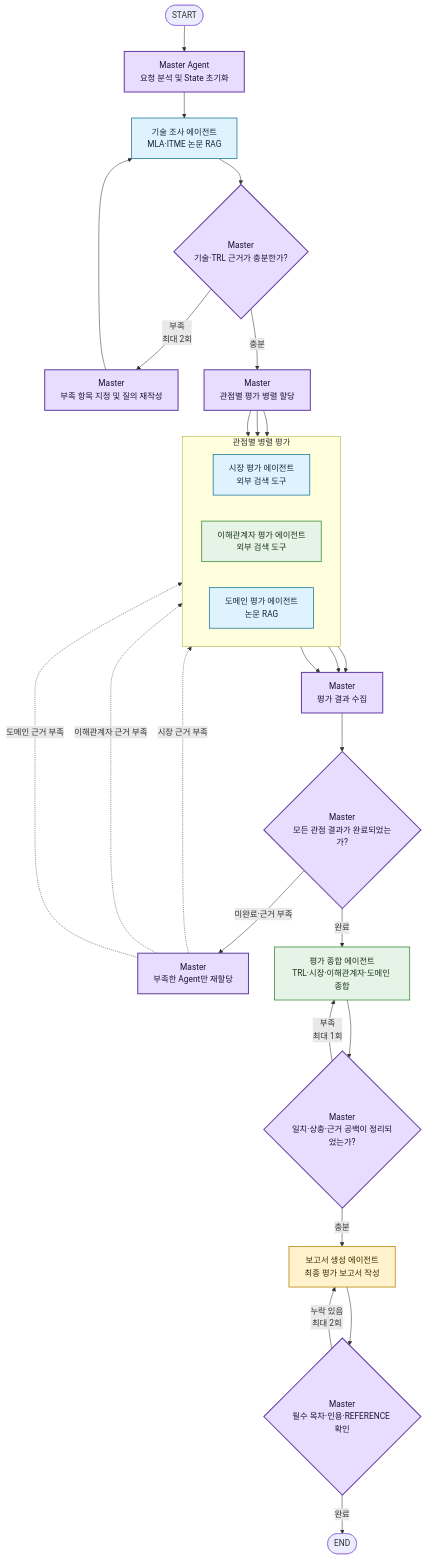
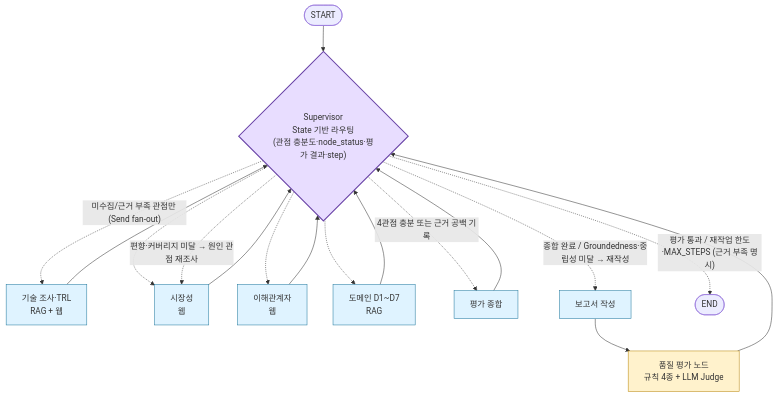
One commit to gyudren/kv-cache-optimization changed the diagram in README.md. Above: the diagram before and after it, drawn with Mermaid. The commit also changed other lines of this file and 1 other file, not shown here.

First line of the commit message:
docs: README를 Agent 과제 템플릿으로 재작성하고 설계 결정 기록 추가 (E14)

````diff
--- a/README.md
+++ b/README.md
@@ -45,56 +106,26 @@
 ```mermaid
 flowchart TD
-    START([START]) --> SUP_INIT["Master Agent<br/>요청 분석 및 State 초기화"]
+    START([START]) --> SUP{"Supervisor<br/>State 기반 라우팅<br/>(관점 충분도·node_status·평가 결과·step)"}
+    SUP -. "미수집/근거 부족 관점만 (Send fan-out)" .-> TECH["기술 조사·TRL<br/>RAG + 웹"]
+    SUP -.-> MARKET["시장성<br/>웹"]
+    SUP -.-> STAKE["이해관계자<br/>웹"]
+    SUP -.-> DOMAIN["도메인 D1~D7<br/>RAG"]
+    TECH --> SUP
+    MARKET --> SUP
+    STAKE --> SUP
+    DOMAIN --> SUP
+    SUP -. "4관점 충분 또는 근거 공백 기록" .-> SYN["평가 종합"]
+    SYN --> SUP
+    SUP -. "종합 완료 / Groundedness·중립성 미달 → 재작성" .-> REPORT["보고서 작성"]
+    REPORT --> EVAL["품질 평가 노드<br/>규칙 4종 + LLM Judge"]
+    EVAL --> SUP
+    SUP -. "편향·커버리지 미달 → 원인 관점 재조사" .-> MARKET
+    SUP -. "평가 통과 / 재작업 한도·MAX_STEPS (근거 부족 명시)" .-> END([END])
 
-    SUP_INIT --> TECH["기술 조사 에이전트<br/>MLA·ITME 논문 RAG"]
-    TECH --> SUP_TECH{"Master<br/>기술·TRL 근거가 충분한가?"}
-
-    SUP_TECH -- "부족<br/>최대 2회" --> QUERY_REWRITE["Master<br/>부족 항목 지정 및 질의 재작성"]
-    QUERY_REWRITE --> TECH
-
-    SUP_TECH -- "충분" --> SUP_FANOUT["Master<br/>관점별 평가 병렬 할당"]
-
-    subgraph PARALLEL["관점별 병렬 평가"]
-        direction LR
-        MARKET["시장 평가 에이전트<br/>외부 검색 도구"]
-        STAKEHOLDER["이해관계자 평가 에이전트<br/>외부 검색 도구"]
-        DOMAIN["도메인 평가 에이전트<br/>논문 RAG"]
-    end
-
-    SUP_FANOUT --> MARKET
-    SUP_FANOUT --> STAKEHOLDER
-    SUP_FANOUT --> DOMAIN
-
-    MARKET --> SUP_JOIN["Master<br/>평가 결과 수집"]
-    STAKEHOLDER --> SUP_JOIN
-    DOMAIN --> SUP_JOIN
-
-    SUP_JOIN --> RESULT_GATE{"Master<br/>모든 관점 결과가 완료되었는가?"}
-
-    RESULT_GATE -- "미완료·근거 부족" --> RETRY["Master<br/>부족한 Agent만 재할당"]
-    RETRY -. "시장 근거 부족" .-> MARKET
-    RETRY -. "이해관계자 근거 부족" .-> STAKEHOLDER
-    RETRY -. "도메인 근거 부족" .-> DOMAIN
-
-    RESULT_GATE -- "완료" --> SYNTHESIS["평가 종합 에이전트<br/>TRL·시장·이해관계자·도메인 종합"]
-
-    SYNTHESIS --> SUP_SYNTHESIS{"Master<br/>일치·상충·근거 공백이 정리되었는가?"}
-
-    SUP_SYNTHESIS -- "부족<br/>최대 1회" --> SYNTHESIS
-    SUP_SYNTHESIS -- "충분" --> REPORT["보고서 생성 에이전트<br/>최종 평가 보고서 작성"]
-
-    REPORT --> SUP_FINAL{"Master<br/>필수 목차·인용·REFERENCE 확인"}
-
-    SUP_FINAL -- "누락 있음<br/>최대 2회" --> REPORT
-    SUP_FINAL -- "완료" --> END([END])
-
-    classDef Master fill:#e8ddff,stroke:#6842a6,stroke-width:2px,color:#1f1235;
-    classDef rag fill:#dff3ff,stroke:#20789d,stroke-width:1.5px,color:#102b38;
-    classDef evaluation fill:#e6f4e8,stroke:#388e3c,stroke-width:1.5px,color:#18351a;
-    classDef report fill:#fff2cc,stroke:#b8860b,stroke-width:1.5px,color:#3d2f00;
-
-    class SUP_INIT,SUP_TECH,QUERY_REWRITE,SUP_FANOUT,SUP_JOIN,RESULT_GATE,RETRY,SUP_SYNTHESIS,SUP_FINAL Master;
-    class TECH,MARKET,DOMAIN rag;
-    class STAKEHOLDER,SYNTHESIS evaluation;
-    class REPORT report;
+    classDef sup fill:#e8ddff,stroke:#6842a6,stroke-width:2px;
+    classDef agent fill:#dff3ff,stroke:#20789d;
+    classDef gate fill:#fff2cc,stroke:#b8860b;
+    class SUP sup;
+    class TECH,MARKET,STAKE,DOMAIN,SYN,REPORT agent;
+    class EVAL gate;
 ```
````
